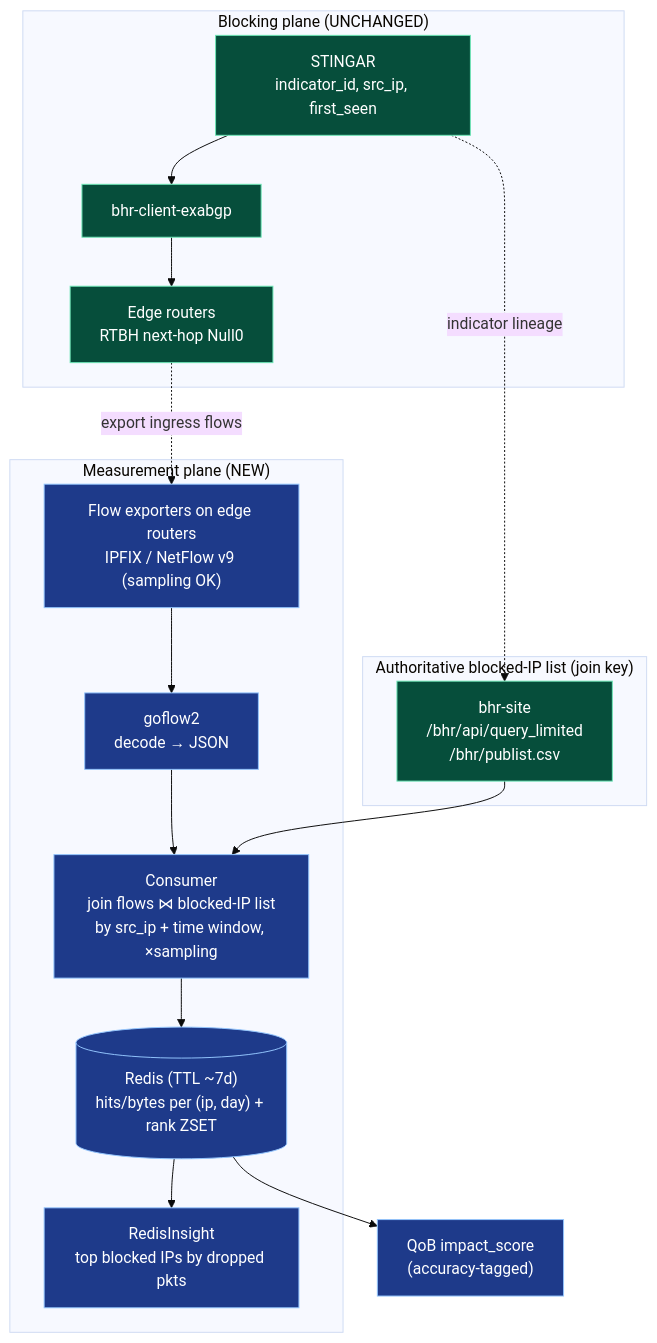
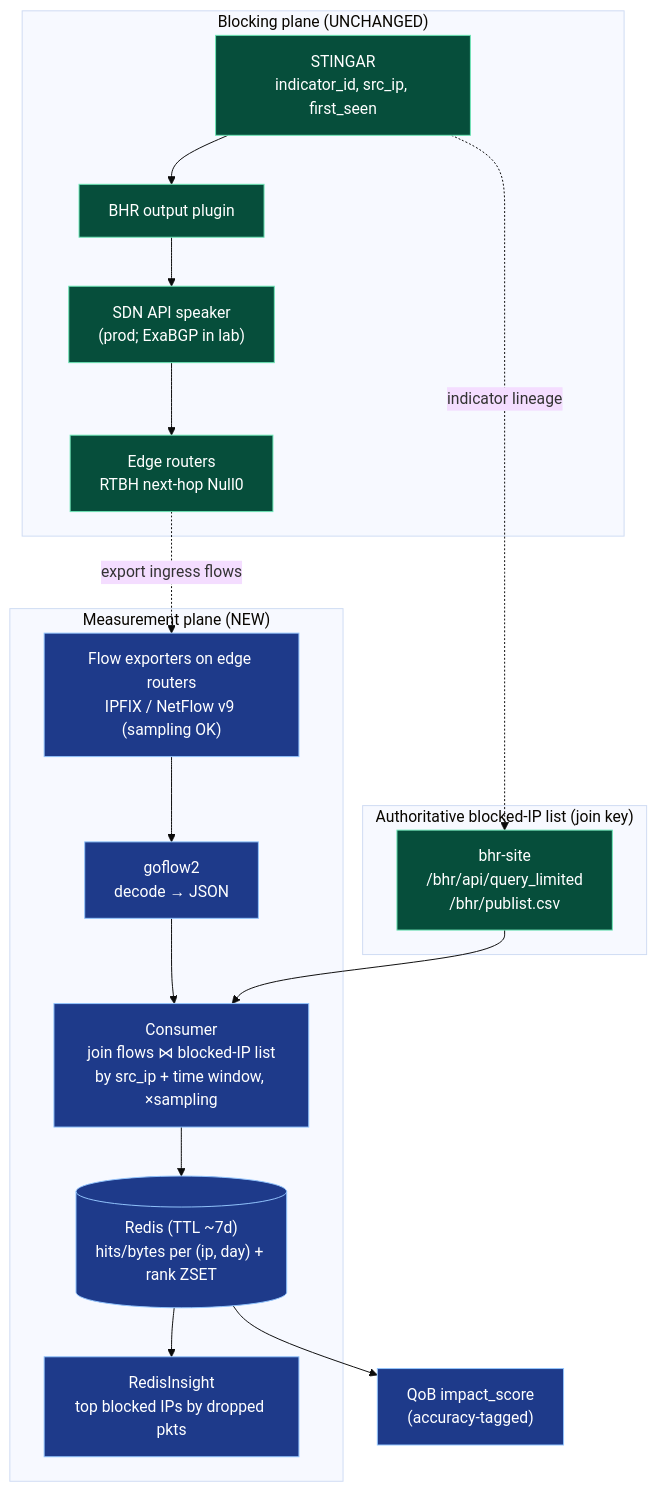
Before and after one commit to reese-pagtalunan/quality-of-blocking: the diagram in plan-netflow-counting.md, drawn with Mermaid (base theme). The commit also changed other lines of this file and 4 other files, not shown here.

````diff
--- a/plan-netflow-counting.md
+++ b/plan-netflow-counting.md
@@ -70,34 +72,35 @@
 ```mermaid
 flowchart TD
     subgraph CONTROL["Blocking plane (UNCHANGED)"]
         STG["STINGAR<br/>indicator_id, src_ip, first_seen"]
-        EXA["bhr-client-exabgp"]
+        BHRPL["BHR output plugin"]
+        SDN["SDN API speaker<br/>(prod; ExaBGP in lab)"]
         RTR["Edge routers<br/>RTBH next-hop Null0"]
-        STG --> EXA --> RTR
+        STG --> BHRPL --> SDN --> RTR
     end
 
     subgraph LIST["Authoritative blocked-IP list (join key)"]
         BHR["bhr-site<br/>/bhr/api/query_limited<br/>/bhr/publist.csv"]
         STG -. indicator lineage .-> BHR
     end
 
     subgraph MEASURE["Measurement plane (NEW)"]
         EXP["Flow exporters on edge routers<br/>IPFIX / NetFlow v9 (sampling OK)"]
         COL["goflow2<br/>decode → JSON"]
         CORR["Consumer<br/>join flows ⋈ blocked-IP list<br/>by src_ip + time window, ×sampling"]
         STORE[("Redis (TTL ~7d)<br/>hits/bytes per (ip, day) + rank ZSET")]
         VIEW["RedisInsight<br/>top blocked IPs by dropped pkts"]
         RTR -. export ingress flows .-> EXP
         EXP --> COL --> CORR
         BHR --> CORR
         CORR --> STORE
         STORE --> VIEW
     end
 
     STORE --> QOB["QoB impact_score<br/>(accuracy-tagged)"]
 
     classDef ctrl fill:#064e3b,stroke:#6ee7b7,color:#fff
     classDef meas fill:#1e3a8a,stroke:#93c5fd,color:#fff
-    class STG,EXA,RTR,BHR ctrl
+    class STG,BHRPL,SDN,RTR,BHR ctrl
     class EXP,COL,CORR,STORE,VIEW,QOB meas
 ```
````
